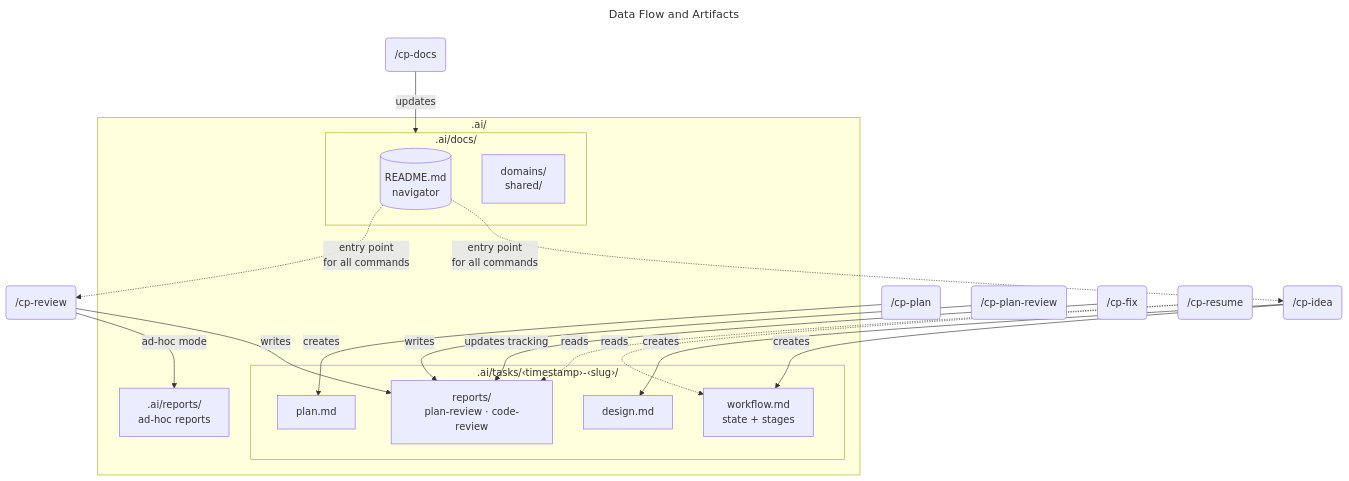
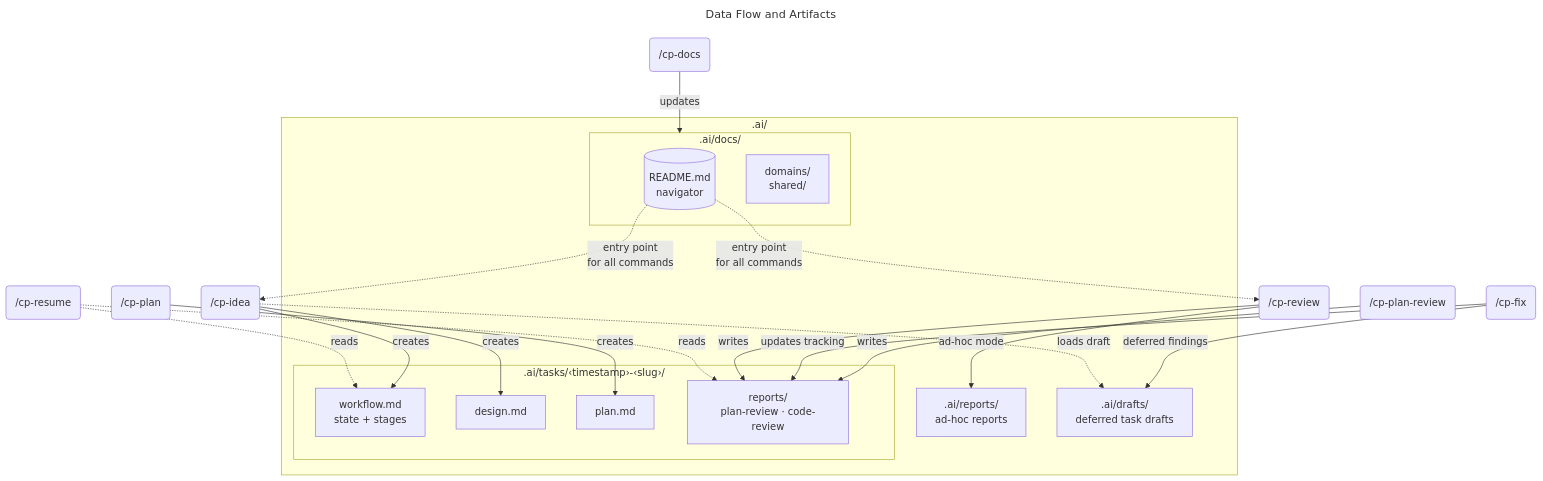
Before and after one commit to unger1984/codepatrol: the second of 3 diagrams in README.md, drawn with Mermaid. The commit also changed other lines of this file and 22 other files, not shown here.

````diff
--- a/README.md
+++ b/README.md
@@ -133,33 +133,36 @@
 ```mermaid
 ---
 title: Data Flow and Artifacts
 ---
 flowchart TD
     subgraph storage [".ai/"]
         subgraph docsdir [".ai/docs/"]
             readme[("README.md\nnavigator")]
             domains["domains/\nshared/"]
         end
         subgraph taskdir [".ai/tasks/‹timestamp›-‹slug›/"]
             workflow["workflow.md\nstate + stages"]
             designf["design.md"]
             planf["plan.md"]
             reports["reports/\nplan-review · code-review"]
         end
         adhoc[".ai/reports/\nad-hoc reports"]
+        drafts[".ai/drafts/\ndeferred task drafts"]
     end
 
     cpidea2("/cp-idea") -- "creates" --> workflow
     cpidea2 -- "creates" --> designf
     cpplan2("/cp-plan") -- "creates" --> planf
     planreview2("/cp-plan-review") -- "writes" --> reports
     cpfixn2("/cp-fix") -- "updates tracking" --> reports
     cpreviewn2("/cp-review") -- "writes" --> reports
     cpreviewn2 -- "ad-hoc mode" --> adhoc
+    cpfixn2 -- "deferred findings" --> drafts
+    cpidea2 -. "loads draft" .-> drafts
     cpdocs2("/cp-docs") -- "updates" --> docsdir
     cpresumen2("/cp-resume") -. "reads" .-> workflow
     cpresumen2 -. "reads" .-> reports
 
     readme -. "entry point\nfor all commands" .-> cpidea2
     readme -. "entry point\nfor all commands" .-> cpreviewn2
 ```
````
